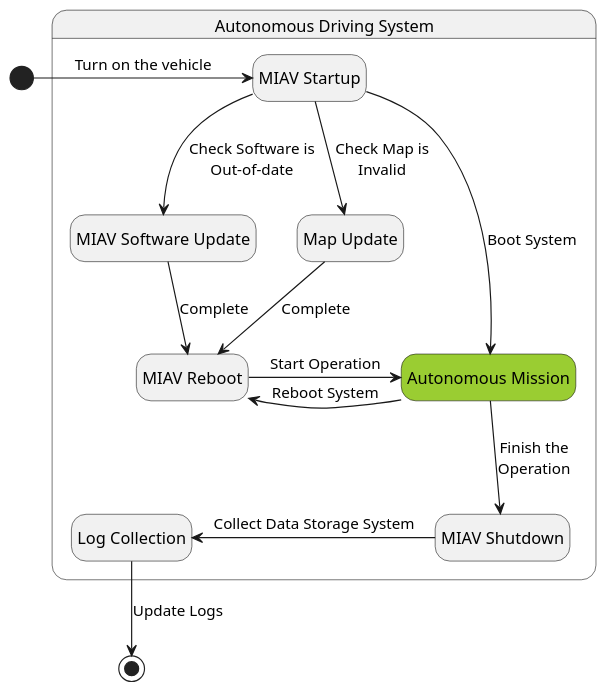
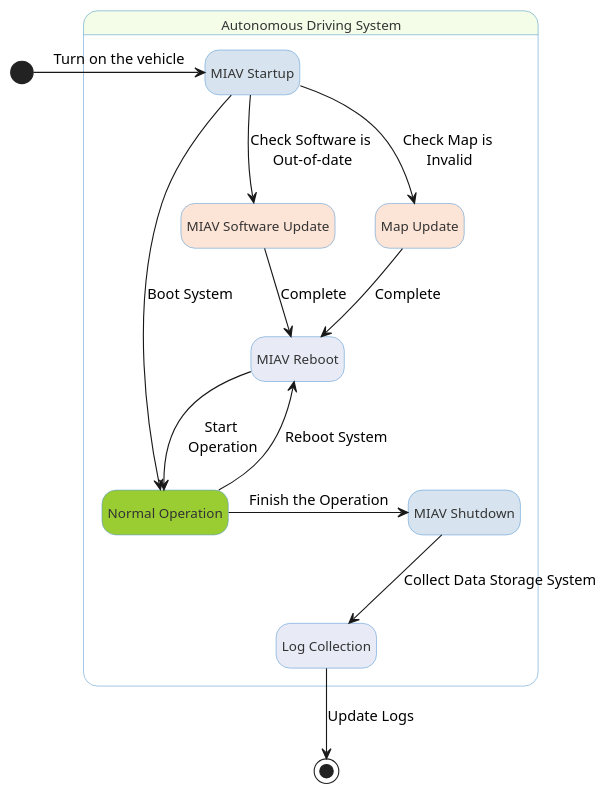
One commit to leo-drive/reference_design_diagrams changed the diagram in robotaxi/service_features/overview/autonomous_driving_system.wsd. Above: the diagram before and after it, drawn with PlantUML.

Commit message:
make autonomous driving system good looking

```diff
--- a/robotaxi/service_features/overview/autonomous_driving_system.wsd
+++ b/robotaxi/service_features/overview/autonomous_driving_system.wsd
@@ -1,30 +1,36 @@
 @startuml
 scale 600 width
 hide empty description
 
-state "Autonomous Driving System" as AutonomousDrivingSystem
-state AutonomousDrivingSystem {
-    state "MIAV Startup" as MIAVStartup
-    state "MIAV Shutdown" as MIAVShutdown
-    state "MIAV Reboot" as MIAVReboot
-    state "MIAV Software Update" as MIAVSoftwareUpdate
-    state "Map Update" as MapUpdate
-    state "Log Collection" as LogCollection
-    state "Autonomous Mission" as AutonomousMission #YellowGreen
-
+skinparam state {
+  BackgroundColor #F3FDE8
+  BorderColor #5B9BD5
+  FontSize 12
+  FontColor #333333
 }
 
+/' Define system states'/
+state "Autonomous Driving System" as AutonomousDrivingSystem {
+    state "MIAV Startup" as MIAVStartup #D7E4EF
+    state "MIAV Shutdown" as MIAVShutdown #D7E4EF
+    state "MIAV Reboot" as MIAVReboot #E8EAF6
+    state "MIAV Software Update" as MIAVSoftwareUpdate #FCE4D6
+    state "Map Update" as MapUpdate #FCE4D6
+    state "Log Collection" as LogCollection #E8EAF6
+    state "Normal Operation" as NormalOperation #YellowGreen
+}
 
+/' Define system flow'/
 [*] -right-> MIAVStartup : Turn on the vehicle
-MIAVStartup -right-> AutonomousMission : Boot System
-MIAVStartup --> MapUpdate : Check Map is\nInvalid
-MIAVStartup --> MIAVSoftwareUpdate : Check Software is\nOut-of-date
+MIAVStartup -down-> NormalOperation : Boot System
+MIAVStartup --> MapUpdate : Check Map is\n Invalid
+MIAVStartup --> MIAVSoftwareUpdate : Check Software is\n Out-of-date
 MapUpdate --> MIAVReboot : Complete
 MIAVSoftwareUpdate --> MIAVReboot : Complete
-MIAVReboot -right-> AutonomousMission : Start Operation
-AutonomousMission -left-> MIAVReboot : Reboot System
-AutonomousMission --> MIAVShutdown : Finish the\nOperation
-MIAVShutdown -left-> LogCollection : Collect Data Storage System
+MIAVReboot -right-> NormalOperation : Start\n Operation
+NormalOperation -up-> MIAVReboot : Reboot System
+NormalOperation -right-> MIAVShutdown : Finish the Operation
+MIAVShutdown -down-> LogCollection : Collect Data Storage System
 LogCollection --> [*] : Update Logs
 
 @enduml
```
